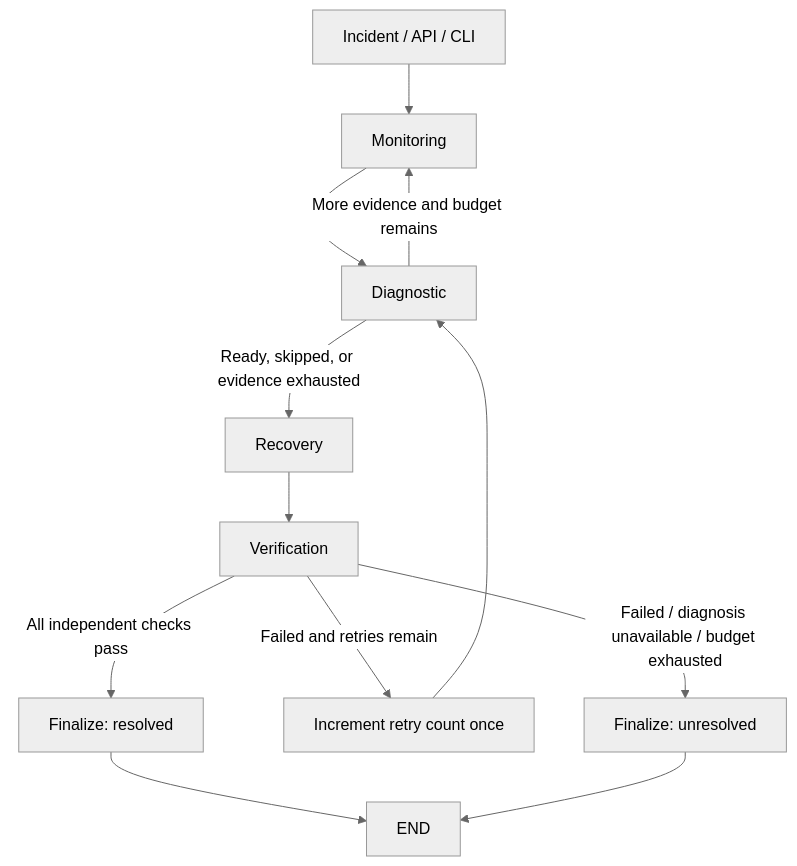
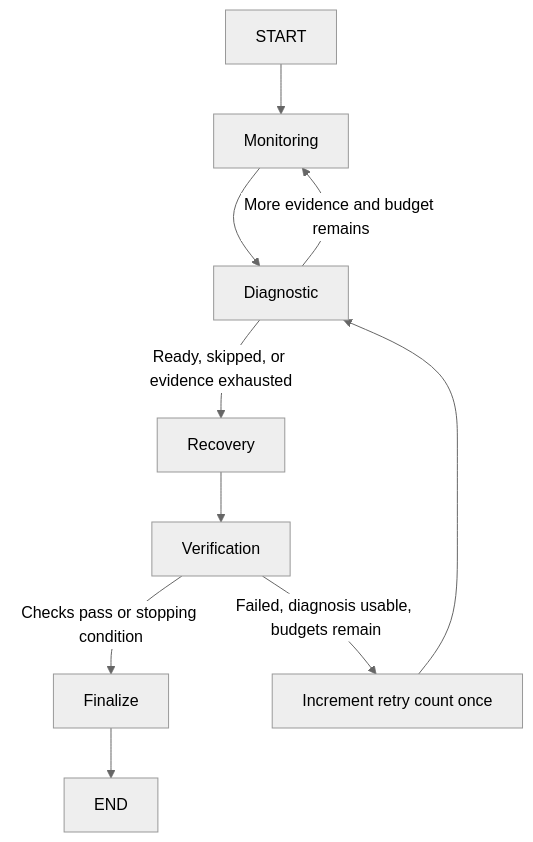
The diagram in README.md (FaroukAzhari/IncidentOps), drawn with Mermaid (neutral theme) before and after one commit. The commit also changed other lines of this file, not shown here.

````diff
--- a/README.md
+++ b/README.md
@@ -105,14 +149,12 @@
 ```mermaid
 flowchart TD
-    Input[Incident / API / CLI] --> M[Monitoring]
+    Start[START] --> M[Monitoring]
     M --> D[Diagnostic]
     D -->|More evidence and budget remains| M
     D -->|Ready, skipped, or evidence exhausted| R[Recovery]
     R --> V[Verification]
-    V -->|All independent checks pass| F[Finalize: resolved]
-    V -->|Failed and retries remain| Retry[Increment retry count once]
+    V -->|Checks pass or stopping condition| F[Finalize]
+    V -->|Failed, diagnosis usable, budgets remain| Retry[Increment retry count once]
     Retry --> D
-    V -->|Failed / diagnosis unavailable / budget exhausted| U[Finalize: unresolved]
     F --> End[END]
-    U --> End
 ```
````
